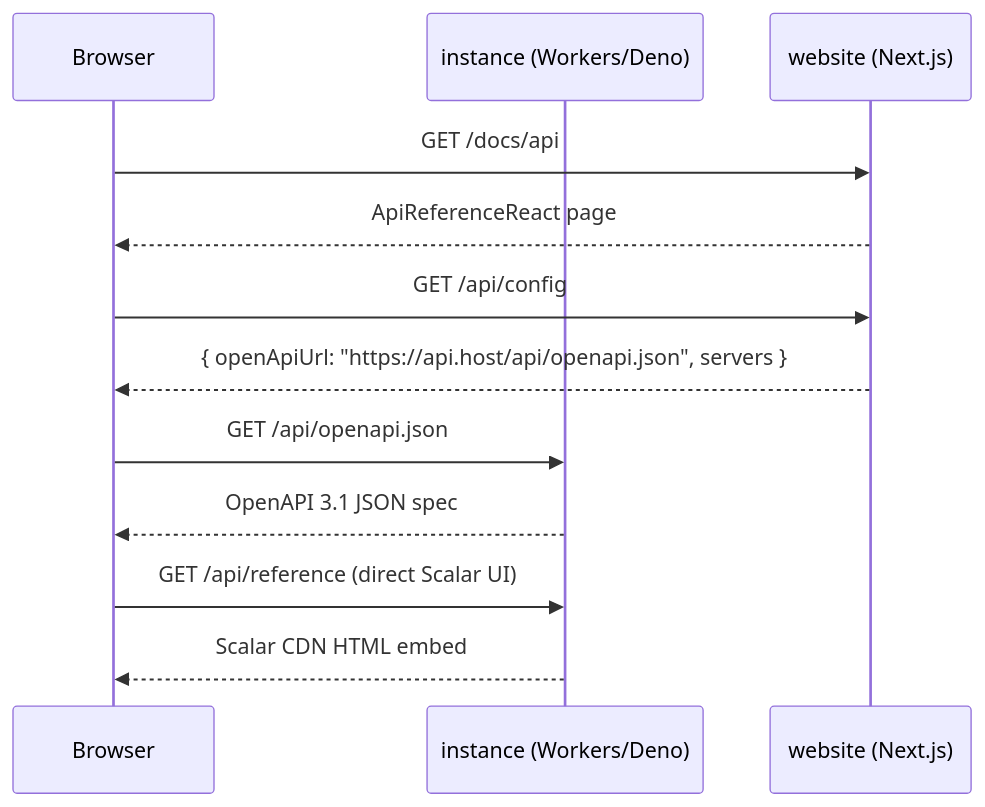
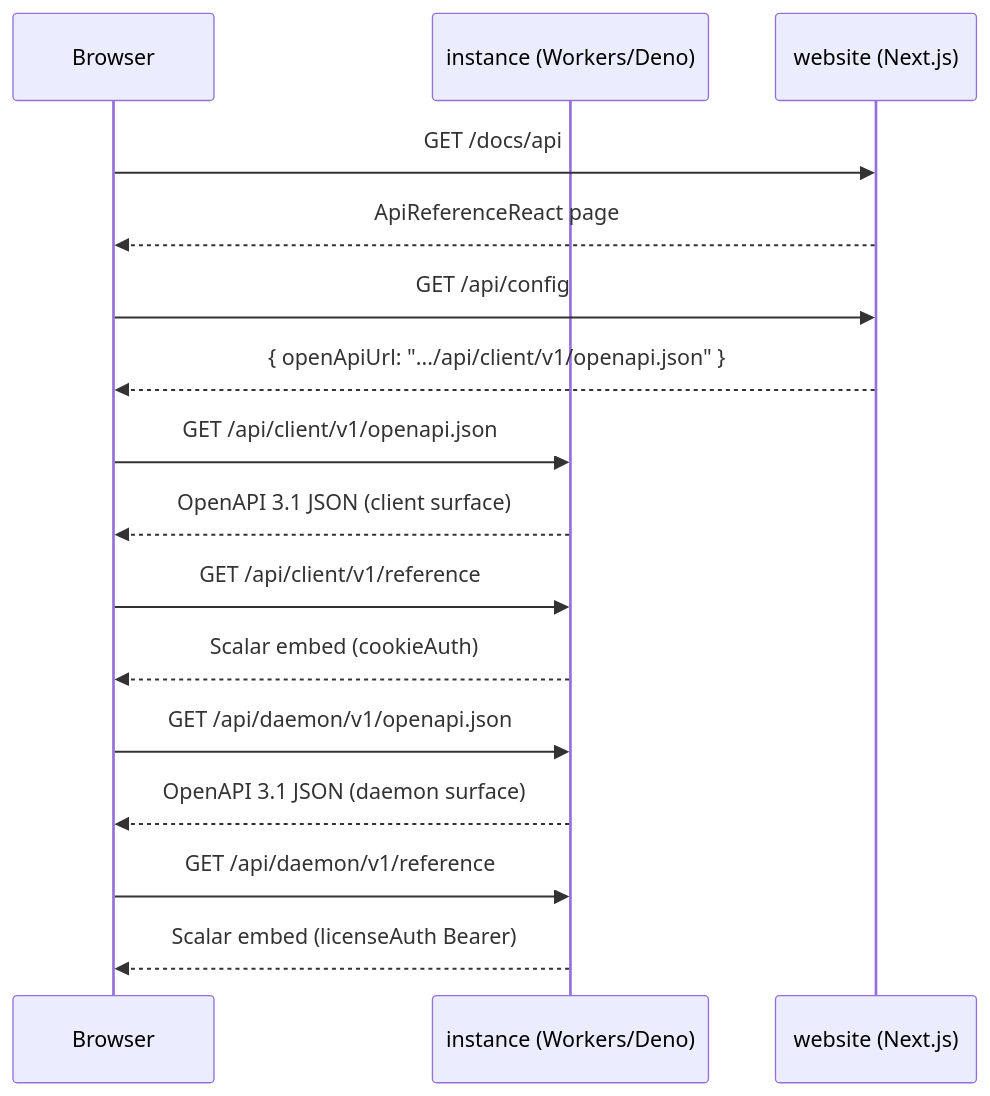
The diagram in AGENTS.md (TurboPanel/turbopanel), drawn with Mermaid before and after one commit. The commit also changed other lines of this file and 37 other files, not shown here.

````diff
--- a/AGENTS.md
+++ b/AGENTS.md
@@ -355,15 +362,19 @@
 ```mermaid
 sequenceDiagram
     participant Browser
     participant Instance as instance (Workers/Deno)
     participant Website as website (Next.js)
 
     Browser->>Website: GET /docs/api
     Website-->>Browser: ApiReferenceReact page
     Browser->>Website: GET /api/config
-    Website-->>Browser: { openApiUrl: "https://api.host/api/openapi.json", servers }
-    Browser->>Instance: GET /api/openapi.json
-    Instance-->>Browser: OpenAPI 3.1 JSON spec
-    Browser->>Instance: GET /api/reference (direct Scalar UI)
-    Instance-->>Browser: Scalar CDN HTML embed
+    Website-->>Browser: { openApiUrl: ".../api/client/v1/openapi.json" }
+    Browser->>Instance: GET /api/client/v1/openapi.json
+    Instance-->>Browser: OpenAPI 3.1 JSON (client surface)
+    Browser->>Instance: GET /api/client/v1/reference
+    Instance-->>Browser: Scalar embed (cookieAuth)
+    Browser->>Instance: GET /api/daemon/v1/openapi.json
+    Instance-->>Browser: OpenAPI 3.1 JSON (daemon surface)
+    Browser->>Instance: GET /api/daemon/v1/reference
+    Instance-->>Browser: Scalar embed (licenseAuth Bearer)
 ```
````
